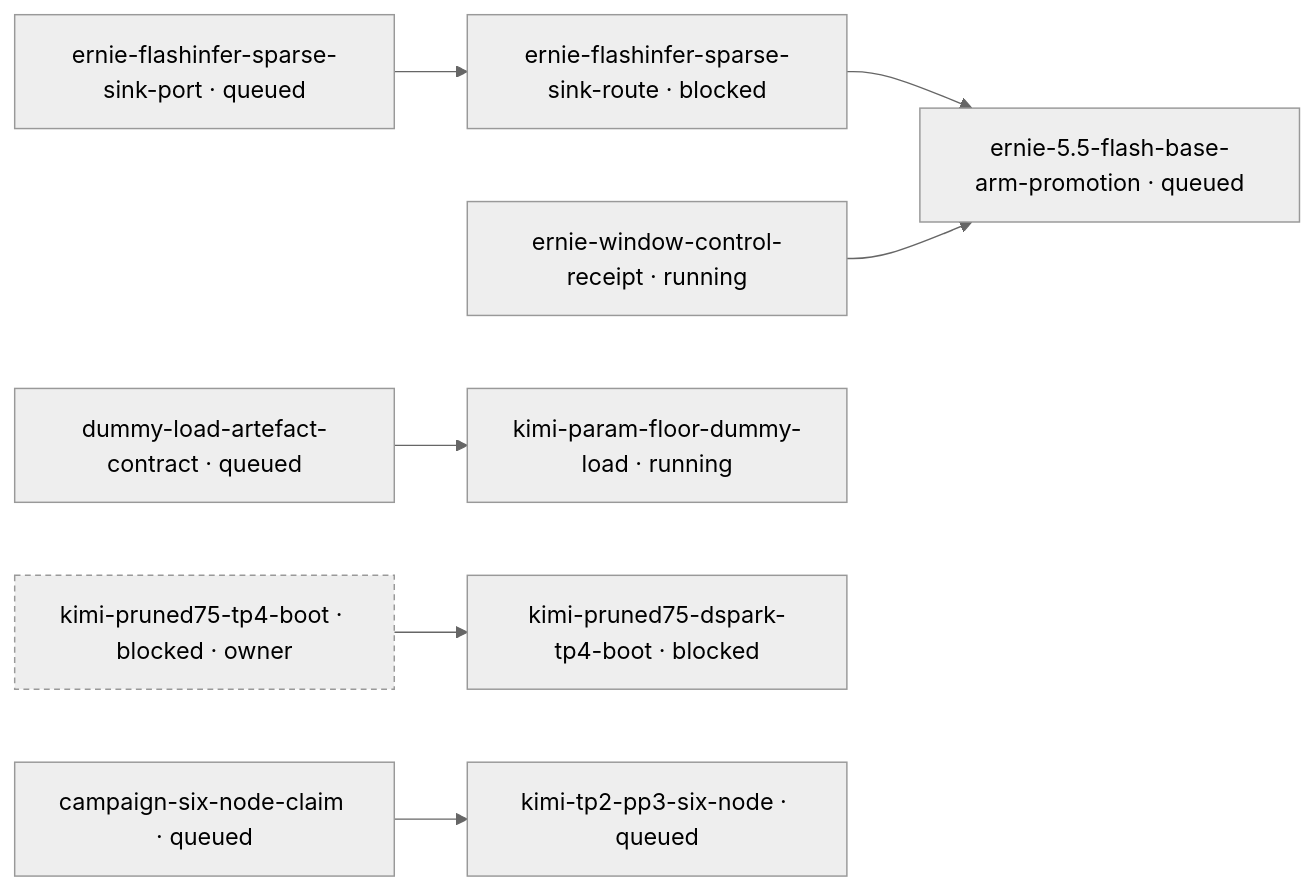
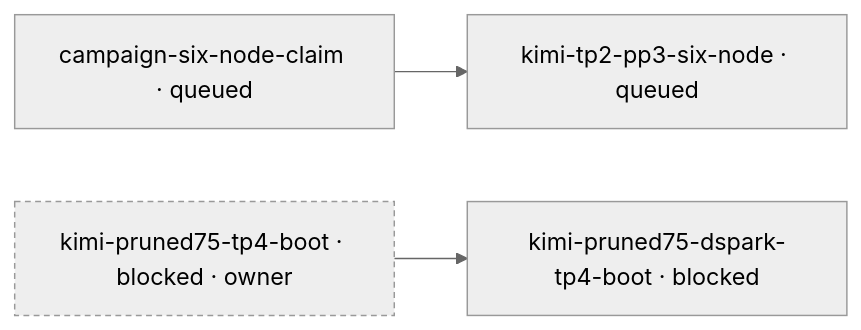
Before and after one commit to littlecedar/sparkrun-recipe-registry: the diagram in mad-science/STATUS.md, drawn with Mermaid (neutral theme). The commit also changed other lines of this file, not shown here.

````diff
--- a/mad-science/STATUS.md
+++ b/mad-science/STATUS.md
@@ -20,21 +20,11 @@
 ```mermaid
 flowchart LR
-  %% 10 blocked, 6 edges, 8 prose-gated, 0 question-gated, 0 question, 38 rows not drawn (--all)
+  %% 9 blocked, 2 edges, 8 prose-gated, 0 question-gated, 0 question, 40 rows not drawn (--all)
   t1["campaign-six-node-claim · queued"]
-  t2["dummy-load-artefact-contract · queued"]
-  t3["ernie-5.5-flash-base-arm-promotion · queued"]
-  t4["ernie-flashinfer-sparse-sink-port · queued"]
-  t5["ernie-flashinfer-sparse-sink-route · blocked"]
-  t6["ernie-window-control-receipt · running"]
-  t7["kimi-param-floor-dummy-load · running"]
-  t8["kimi-pruned75-dspark-tp4-boot · blocked"]
-  t9["kimi-pruned75-tp4-boot · blocked · owner"]:::no-recorded-edge
-  t10["kimi-tp2-pp3-six-node · queued"]
-  t1 --> t10
-  t2 --> t7
-  t4 --> t5
-  t5 --> t3
-  t6 --> t3
-  t9 --> t8
+  t2["kimi-pruned75-dspark-tp4-boot · blocked"]
+  t3["kimi-pruned75-tp4-boot · blocked · owner"]:::no-recorded-edge
+  t4["kimi-tp2-pp3-six-node · queued"]
+  t1 --> t4
+  t3 --> t2
   classDef no-recorded-edge stroke-dasharray: 4 3
 ```
````
